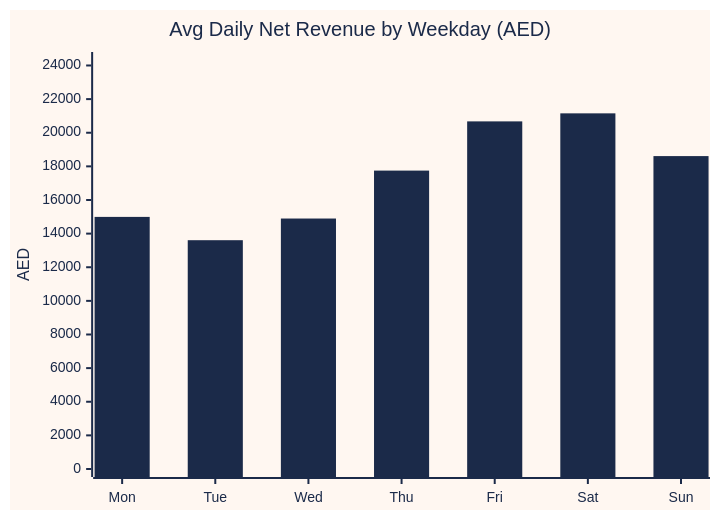
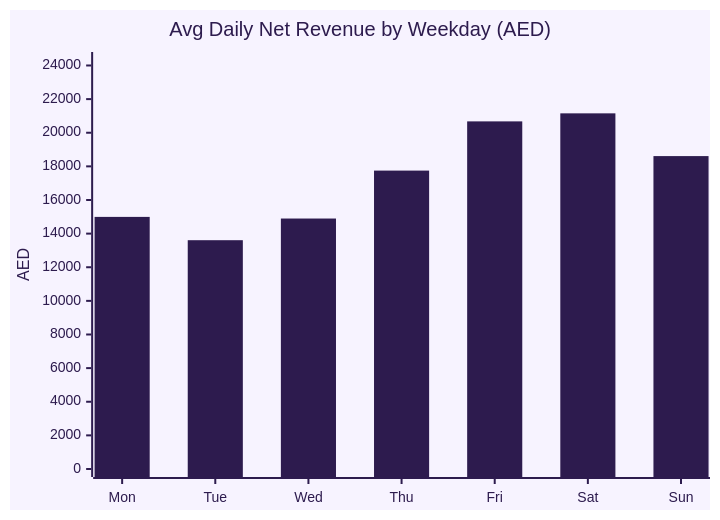
The second of 9 diagrams in README.md (shalini09924/Data26), drawn with Mermaid before and after one commit. The commit also changed other lines of this file, not shown here.

Commit message:
Update README with new metrics and chart themes

````diff
--- a/README.md
+++ b/README.md
@@ -43,8 +43,8 @@
 ```mermaid
-%%{init: {"theme": "base", "themeVariables": {"xyChart": {"backgroundColor": "#FFF7F1", "titleColor": "#1B2A49", "xAxisLabelColor": "#1B2A49", "xAxisTitleColor": "#1B2A49", "xAxisTickColor": "#1B2A49", "xAxisLineColor": "#1B2A49", "yAxisLabelColor": "#1B2A49", "yAxisTitleColor": "#1B2A49", "yAxisTickColor": "#1B2A49", "yAxisLineColor": "#1B2A49", "plotColorPalette": "#1B2A49"}}}}%%
+%%{init: {"theme": "base", "themeVariables": {"xyChart": {"backgroundColor": "#F7F3FF", "titleColor": "#2D1B4E", "xAxisLabelColor": "#2D1B4E", "xAxisTitleColor": "#2D1B4E", "xAxisTickColor": "#2D1B4E", "xAxisLineColor": "#2D1B4E", "yAxisLabelColor": "#2D1B4E", "yAxisTitleColor": "#2D1B4E", "yAxisTickColor": "#2D1B4E", "yAxisLineColor": "#2D1B4E", "plotColorPalette": "#2D1B4E"}}}}%%
 xychart-beta
     title "Avg Daily Net Revenue by Weekday (AED)"
     x-axis ["Mon", "Tue", "Wed", "Thu", "Fri", "Sat", "Sun"]
     y-axis "AED" 0 --> 24326
     bar [14994.1, 13608.1, 14897.0, 17748.0, 20675.2, 21152.8, 18610.6]
 ```
````
